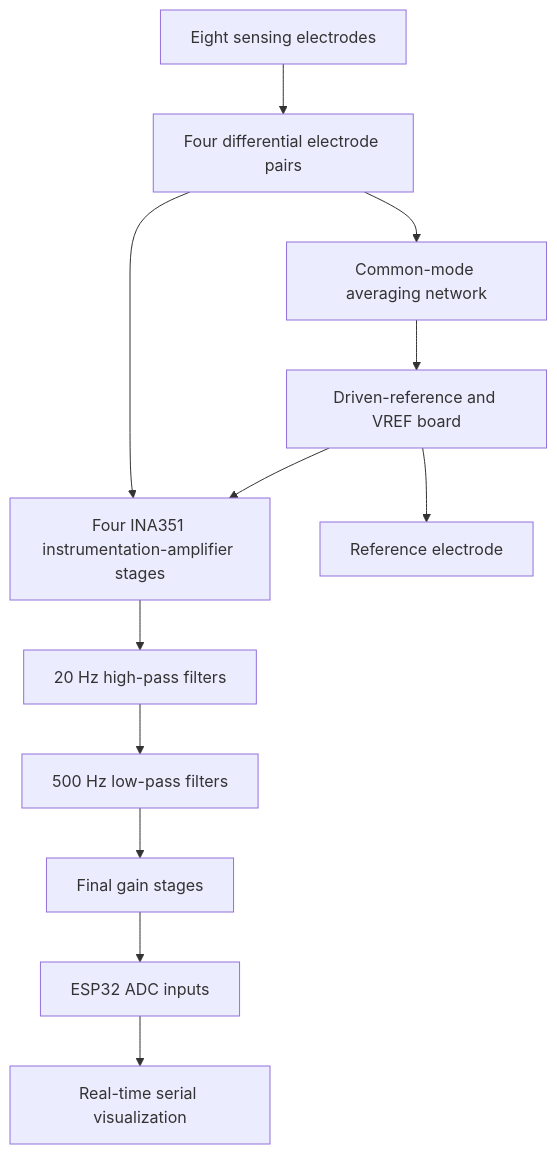
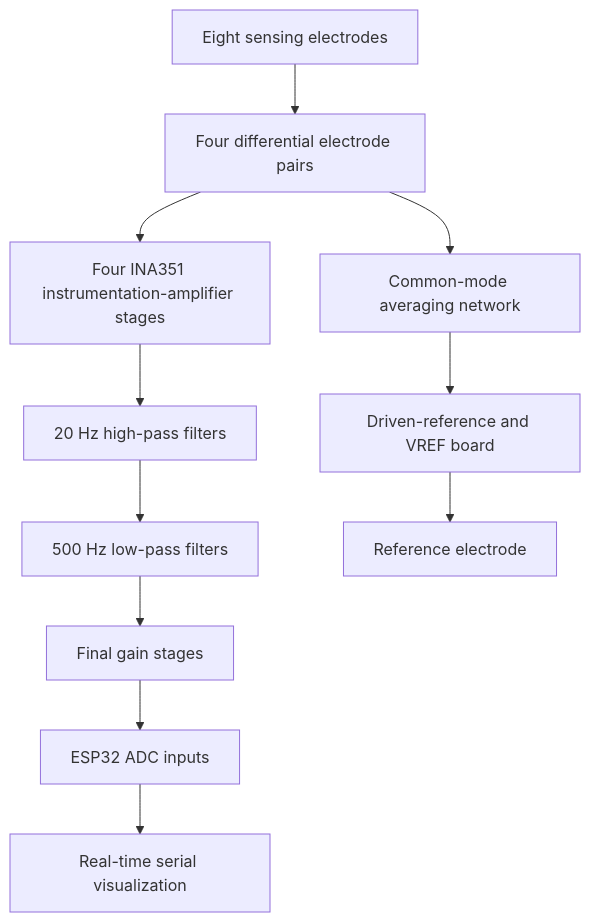
Before and after one commit to JohnLezama/Four-Channel-EMG-Wearable-Forearm-Brace: the diagram in README.md, drawn with Mermaid.

````diff
--- a/README.md
+++ b/README.md
@@ -37,15 +37,14 @@
 ```mermaid
 flowchart TD
     A["Eight sensing electrodes"] --> B["Four differential electrode pairs"]
     B --> C["Four INA351 instrumentation-amplifier stages"]
     C --> D["20 Hz high-pass filters"]
     D --> E["500 Hz low-pass filters"]
     E --> F["Final gain stages"]
     F --> G["ESP32 ADC inputs"]
     G --> H["Real-time serial visualization"]
 
     B --> I["Common-mode averaging network"]
     I --> J["Driven-reference and VREF board"]
     J --> K["Reference electrode"]
-    J --> C
 ```
````
